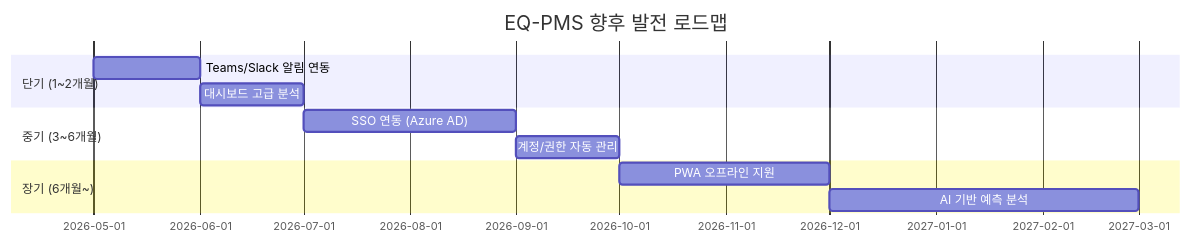
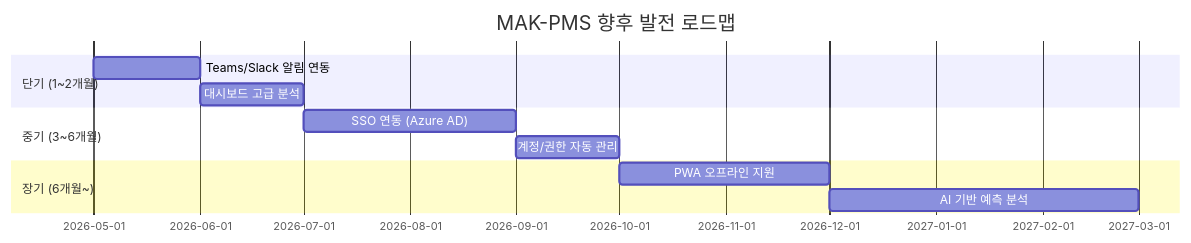
Before and after one commit to ygyun3937/eqpmsapp: the eighth of 20 diagrams in README.md, drawn with Mermaid. The commit also changed other lines of this file and 20 other files, not shown here.

First line of the commit message:
고객사 관리 + 회의록/노트 분리 + 서비스명 MAK-PMS 변경

````diff
--- a/README.md
+++ b/README.md
@@ -617,14 +617,14 @@
 ```mermaid
 gantt
-    title EQ-PMS 향후 발전 로드맵
+    title MAK-PMS 향후 발전 로드맵
     dateFormat  YYYY-MM
     section 단기 (1~2개월)
     Teams/Slack 알림 연동    :a1, 2026-05, 1M
     대시보드 고급 분석        :a2, after a1, 1M
     section 중기 (3~6개월)
     SSO 연동 (Azure AD)      :b1, after a2, 2M
     계정/권한 자동 관리        :b2, after b1, 1M
     section 장기 (6개월~)
     PWA 오프라인 지원        :c1, after b2, 2M
     AI 기반 예측 분석         :c2, after c1, 3M
 ```
````
